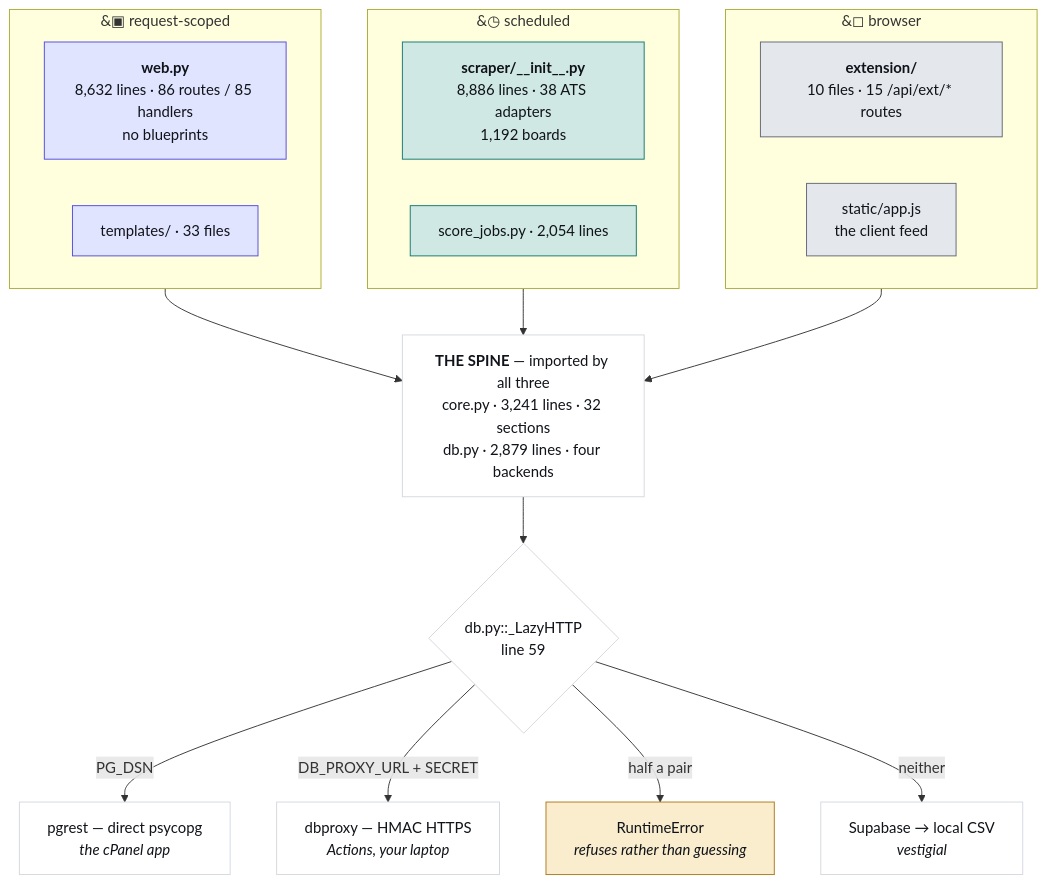
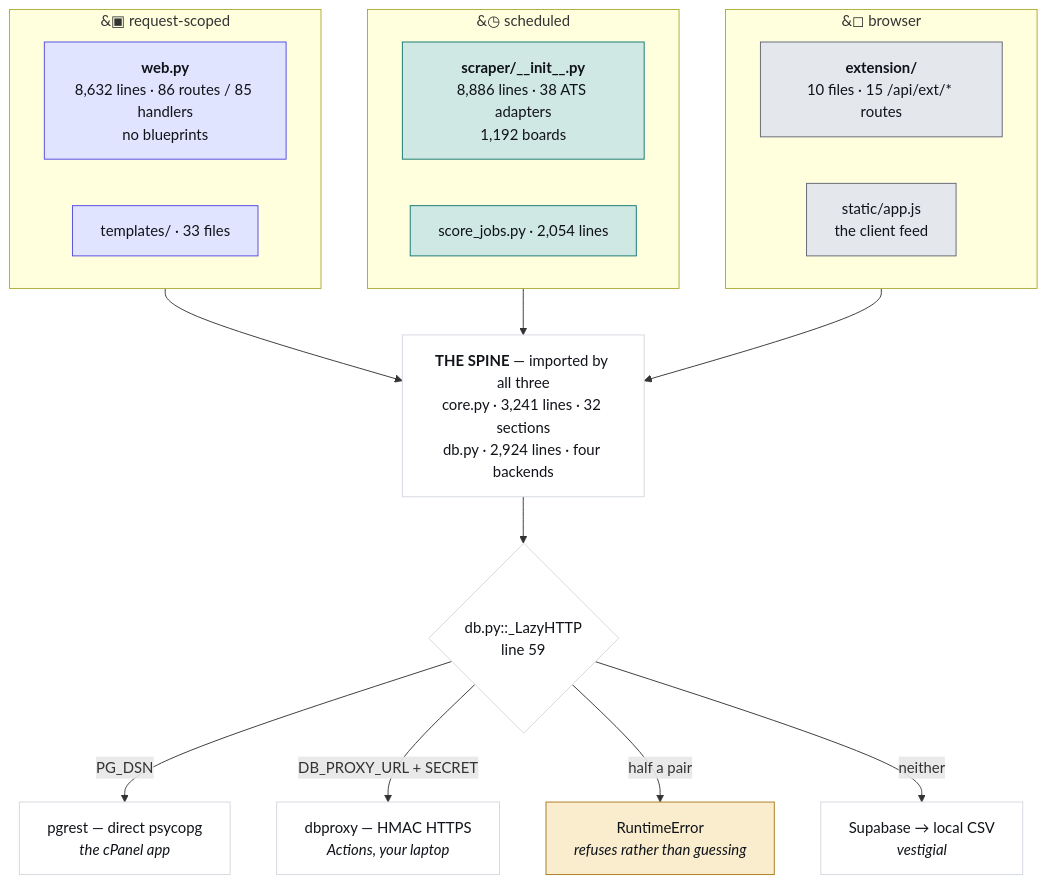
The first of 4 diagrams in JobMatch Scraper/docs/ARCHITECTURE.md (hadakunal909-debug/job-search-tool), drawn with Mermaid before and after one commit. The commit also changed 10 other files, not shown here.

````diff
--- a/JobMatch Scraper/docs/ARCHITECTURE.md
+++ b/JobMatch Scraper/docs/ARCHITECTURE.md
@@ -45,34 +45,34 @@
 ```mermaid
 flowchart TB
   subgraph REQ["&#9635; request-scoped"]
     W["<b>web.py</b><br/>8,632 lines · 86 routes / 85 handlers<br/>no blueprints"]
     T["templates/ · 33 files"]
   end
   subgraph SCH["&#9719; scheduled"]
     S["<b>scraper/__init__.py</b><br/>8,886 lines · 38 ATS adapters<br/>1,192 boards"]
     J["score_jobs.py · 2,054 lines"]
   end
   subgraph CLI["&#9723; browser"]
     E["<b>extension/</b><br/>10 files · 15 /api/ext/* routes"]
     A["static/app.js<br/>the client feed"]
   end
-  SPINE["<b>THE SPINE</b> — imported by all three<br/>core.py · 3,241 lines · 32 sections<br/>db.py · 2,879 lines · four backends"]
+  SPINE["<b>THE SPINE</b> — imported by all three<br/>core.py · 3,241 lines · 32 sections<br/>db.py · 2,924 lines · four backends"]
   REQ --> SPINE
   SCH --> SPINE
   CLI --> SPINE
   SPINE --> D{"db.py::_LazyHTTP<br/>line 59"}
   D -->|"PG_DSN"| P["pgrest — direct psycopg<br/><i>the cPanel app</i>"]
   D -->|"DB_PROXY_URL + SECRET"| X["dbproxy — HMAC HTTPS<br/><i>Actions, your laptop</i>"]
   D -->|"half a pair"| R["RuntimeError<br/><i>refuses rather than guessing</i>"]
   D -->|"neither"| V["Supabase → local CSV<br/><i>vestigial</i>"]
   classDef web fill:#e0e4fe,stroke:#4f46e5,color:#101319
   classDef sched fill:#cfe8e3,stroke:#0f766e,color:#101319
   classDef client fill:#e4e7ec,stroke:#5f6573,color:#101319
   classDef trap fill:#f9edcd,stroke:#a8781a,color:#101319
   classDef plain fill:#ffffff,stroke:#d3d7df,color:#101319
   class W,T web
   class S,J sched
   class E,A client
   class R trap
   class SPINE,D,P,X,V plain
 ```
````
